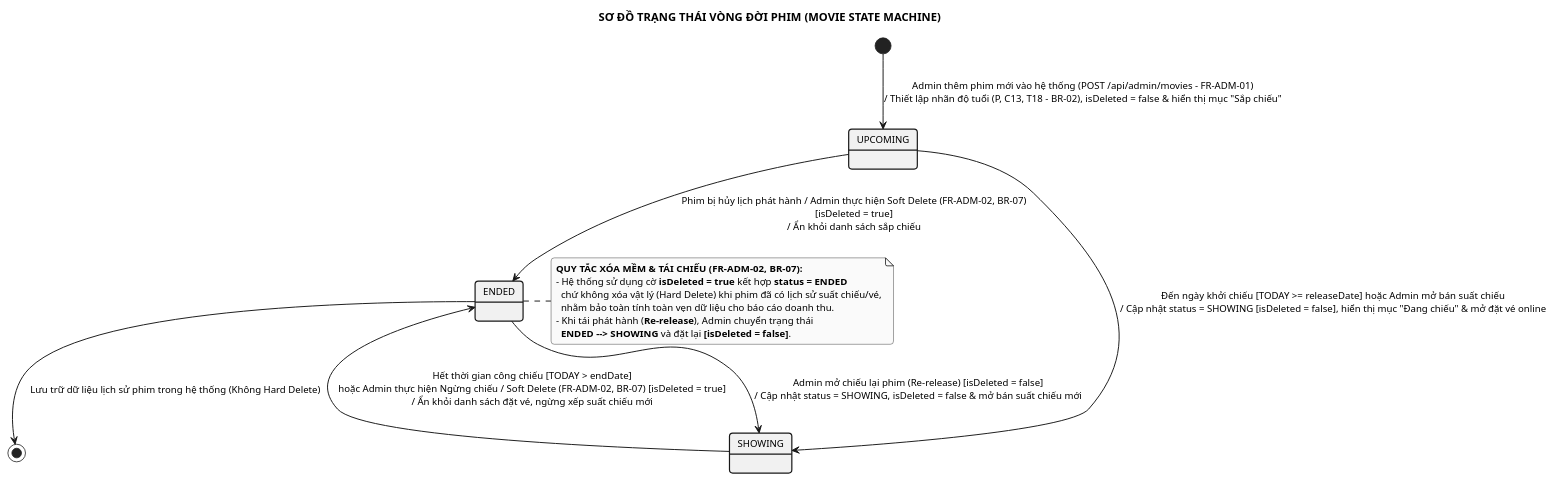
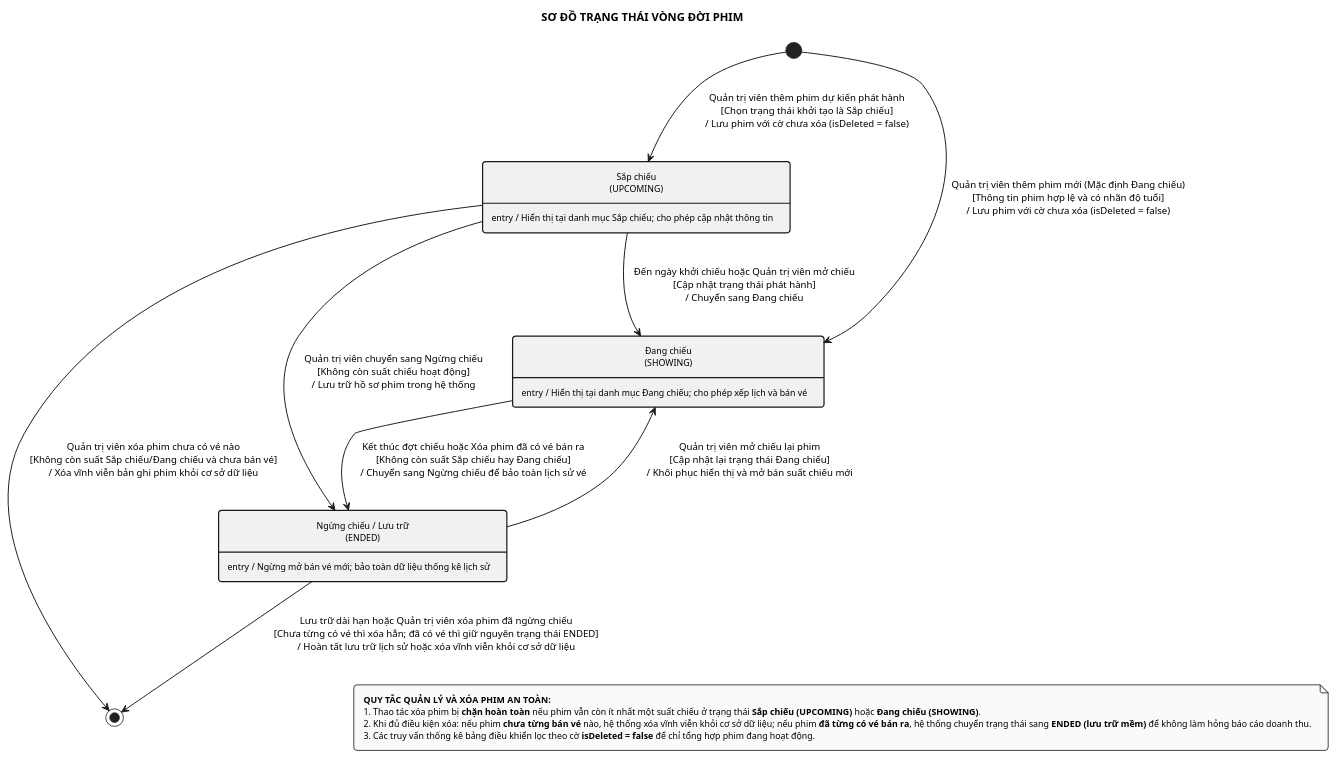
One commit to MaGiaVy/CinemaLUMI changed the diagram in PlantUML_State_Diagrams/state_movie.puml. Above: the diagram before and after it, drawn with PlantUML. The commit also changed 92 other files, not shown here.

Commit message:
feat(uml-state-ui): redesign state diagrams to pure Vietnamese, sync SVG exports and fullstack fixes

```diff
--- a/PlantUML_State_Diagrams/state_movie.puml
+++ b/PlantUML_State_Diagrams/state_movie.puml
@@ -1,35 +1,62 @@
 @startuml state_movie
 skinparam monochrome true
 skinparam style strictuml
+skinparam shadowing false
 skinparam defaultFontName Arial
 skinparam defaultFontSize 12
 skinparam roundCorner 8
+skinparam padding 6
+skinparam nodesep 60
+skinparam ranksep 65
+skinparam ArrowThickness 1.2
 skinparam state {
     BorderThickness 1.5
-    ArrowThickness 1.2
+    AttributeFontSize 11
 }
+skinparam note {
+    BorderThickness 1
+    FontSize 11
+}
+hide empty description
 
-title SƠ ĐỒ TRẠNG THÁI VÒNG ĐỜI PHIM (MOVIE STATE MACHINE)
+title SƠ ĐỒ TRẠNG THÁI VÒNG ĐỜI PHIM
 
-[*] --> UPCOMING : Admin thêm phim mới vào hệ thống (POST /api/admin/movies - FR-ADM-01)\n/ Thiết lập nhãn độ tuổi (P, C13, T18 - BR-02), isDeleted = false & hiển thị mục "Sắp chiếu"
+state "Sắp chiếu\n(UPCOMING)" as SAP_CHIEU {
+}
+SAP_CHIEU : entry / Hiển thị tại danh mục Sắp chiếu; cho phép cập nhật thông tin
 
-UPCOMING --> SHOWING : Đến ngày khởi chiếu [TODAY >= releaseDate] hoặc Admin mở bán suất chiếu\n/ Cập nhật status = SHOWING [isDeleted = false], hiển thị mục "Đang chiếu" & mở đặt vé online
+state "Đang chiếu\n(SHOWING)" as DANG_CHIEU {
+}
+DANG_CHIEU : entry / Hiển thị tại danh mục Đang chiếu; cho phép xếp lịch và bán vé
 
-SHOWING --> ENDED : Hết thời gian công chiếu [TODAY > endDate]\nhoặc Admin thực hiện Ngừng chiếu / Soft Delete (FR-ADM-02, BR-07) [isDeleted = true]\n/ Ẩn khỏi danh sách đặt vé, ngừng xếp suất chiếu mới
+state "Ngừng chiếu / Lưu trữ\n(ENDED)" as NGUNG_CHIEU {
+}
+NGUNG_CHIEU : entry / Ngừng mở bán vé mới; bảo toàn dữ liệu thống kê lịch sử
 
-UPCOMING --> ENDED : Phim bị hủy lịch phát hành / Admin thực hiện Soft Delete (FR-ADM-02, BR-07)\n[isDeleted = true]\n/ Ẩn khỏi danh sách sắp chiếu
+[*] --> DANG_CHIEU : Quản trị viên thêm phim mới (Mặc định Đang chiếu)\n[Thông tin phim hợp lệ và có nhãn độ tuổi]\n/ Lưu phim với cờ chưa xóa (isDeleted = false)
 
-ENDED --> SHOWING : Admin mở chiếu lại phim (Re-release) [isDeleted = false]\n/ Cập nhật status = SHOWING, isDeleted = false & mở bán suất chiếu mới
+[*] --> SAP_CHIEU : Quản trị viên thêm phim dự kiến phát hành\n[Chọn trạng thái khởi tạo là Sắp chiếu]\n/ Lưu phim với cờ chưa xóa (isDeleted = false)
 
-ENDED --> [*] : Lưu trữ dữ liệu lịch sử phim trong hệ thống (Không Hard Delete)
+SAP_CHIEU --> DANG_CHIEU : Đến ngày khởi chiếu hoặc Quản trị viên mở chiếu\n[Cập nhật trạng thái phát hành]\n/ Chuyển sang Đang chiếu
 
-note right of ENDED
-  <b>QUY TẮC XÓA MỀM & TÁI CHIẾU (FR-ADM-02, BR-07):</b>
-  - Hệ thống sử dụng cờ <b>isDeleted = true</b> kết hợp <b>status = ENDED</b>
-    chứ không xóa vật lý (Hard Delete) khi phim đã có lịch sử suất chiếu/vé,
-    nhằm bảo toàn tính toàn vẹn dữ liệu cho báo cáo doanh thu.
-  - Khi tái phát hành (<b>Re-release</b>), Admin chuyển trạng thái
-    <b>ENDED --> SHOWING</b> và đặt lại <b>[isDeleted = false]</b>.
+DANG_CHIEU --> NGUNG_CHIEU : Kết thúc đợt chiếu hoặc Xóa phim đã có vé bán ra\n[Không còn suất Sắp chiếu hay Đang chiếu]\n/ Chuyển sang Ngừng chiếu để bảo toàn lịch sử vé
+
+SAP_CHIEU --> NGUNG_CHIEU : Quản trị viên chuyển sang Ngừng chiếu\n[Không còn suất chiếu hoạt động]\n/ Lưu trữ hồ sơ phim trong hệ thống
+
+NGUNG_CHIEU --> DANG_CHIEU : Quản trị viên mở chiếu lại phim\n[Cập nhật lại trạng thái Đang chiếu]\n/ Khôi phục hiển thị và mở bán suất chiếu mới
+
+SAP_CHIEU --> [*] : Quản trị viên xóa phim chưa có vé nào\n[Không còn suất Sắp chiếu/Đang chiếu và chưa bán vé]\n/ Xóa vĩnh viễn bản ghi phim khỏi cơ sở dữ liệu
+
+NGUNG_CHIEU --> [*] : Lưu trữ dài hạn hoặc Quản trị viên xóa phim đã ngừng chiếu\n[Chưa từng có vé thì xóa hẳn; đã có vé thì giữ nguyên trạng thái ENDED]\n/ Hoàn tất lưu trữ lịch sử hoặc xóa vĩnh viễn khỏi cơ sở dữ liệu
+
+note as GhiChu
+  <b>QUY TẮC QUẢN LÝ VÀ XÓA PHIM AN TOÀN:</b>
+  1. Thao tác xóa phim bị <b>chặn hoàn toàn</b> nếu phim vẫn còn ít nhất một suất chiếu ở trạng thái <b>Sắp chiếu (UPCOMING)</b> hoặc <b>Đang chiếu (SHOWING)</b>.
+  2. Khi đủ điều kiện xóa: nếu phim <b>chưa từng bán vé</b> nào, hệ thống xóa vĩnh viễn khỏi cơ sở dữ liệu; nếu phim <b>đã từng có vé bán ra</b>, hệ thống chuyển trạng thái sang <b>ENDED (lưu trữ mềm)</b> để không làm hỏng báo cáo doanh thu.
+  3. Các truy vấn thống kê bảng điều khiển lọc theo cờ <b>isDeleted = false</b> để chỉ tổng hợp phim đang hoạt động.
 end note
 
+NGUNG_CHIEU -[hidden]-> GhiChu
+SAP_CHIEU -[hidden]-> GhiChu
+
 @enduml
```
